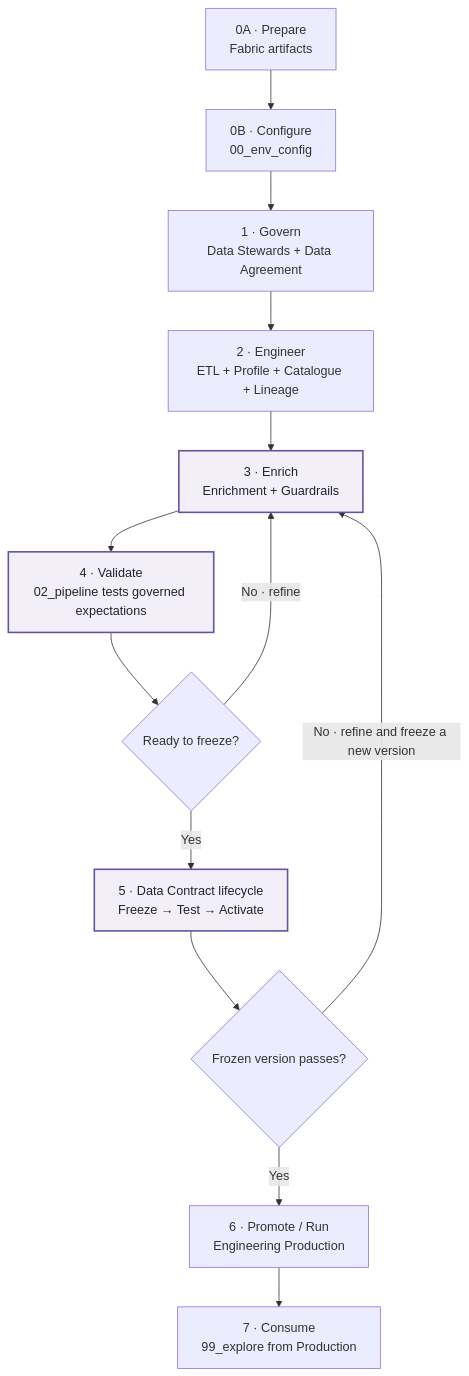
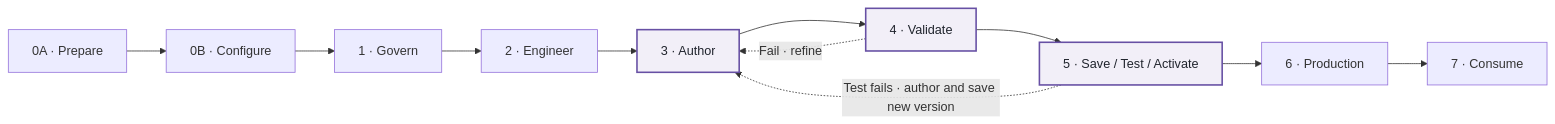
The diagram in docs/guided-demo.md (Voycepeh/FabricOps-Starter-Kit), drawn with Mermaid before and after one commit. The commit also changed other lines of this file, not shown here.

Commit message:
docs: align guided demo overview with contract lifecycle

````diff
--- a/docs/guided-demo.md
+++ b/docs/guided-demo.md
@@ -19,18 +19,9 @@
 ```mermaid
-flowchart TB
-    S0A["0A · Prepare<br/>Fabric artifacts"] --> S0B["0B · Configure<br/>00_env_config"]
-    S0B --> S1["1 · Govern<br/>Data Stewards + Data Agreement"]
-    S1 --> S2["2 · Engineer<br/>ETL + Profile + Catalogue + Lineage"]
-    S2 --> S3["3 · Enrich<br/>Enrichment + Guardrails"]
-    S3 --> S4["4 · Validate<br/>02_pipeline tests governed expectations"]
-    S4 --> PASS{"Ready to freeze?"}
-    PASS -- "No · refine" --> S3
-    PASS -- "Yes" --> S5["5 · Data Contract lifecycle<br/>Freeze → Test → Activate"]
-    S5 --> FROZEN{"Frozen version passes?"}
-    FROZEN -- "No · refine and freeze a new version" --> S3
-    FROZEN -- "Yes" --> S6["6 · Promote / Run<br/>Engineering Production"]
-    S6 --> S7["7 · Consume<br/>99_explore from Production"]
+flowchart LR
+    S0A["0A · Prepare"] --> S0B["0B · Configure"] --> S1["1 · Govern"] --> S2["2 · Engineer"] --> S3["3 · Author"] --> S4["4 · Validate"] --> S5["5 · Save / Test / Activate"] --> S6["6 · Production"] --> S7["7 · Consume"]
+    S4 -. "Fail · refine" .-> S3
+    S5 -. "Test fails · author and save new version" .-> S3
 
     classDef focal fill:#f2eff8,stroke:#6750a4,stroke-width:2px,color:#20242d;
     class S3,S4,S5 focal;
 ```
````
